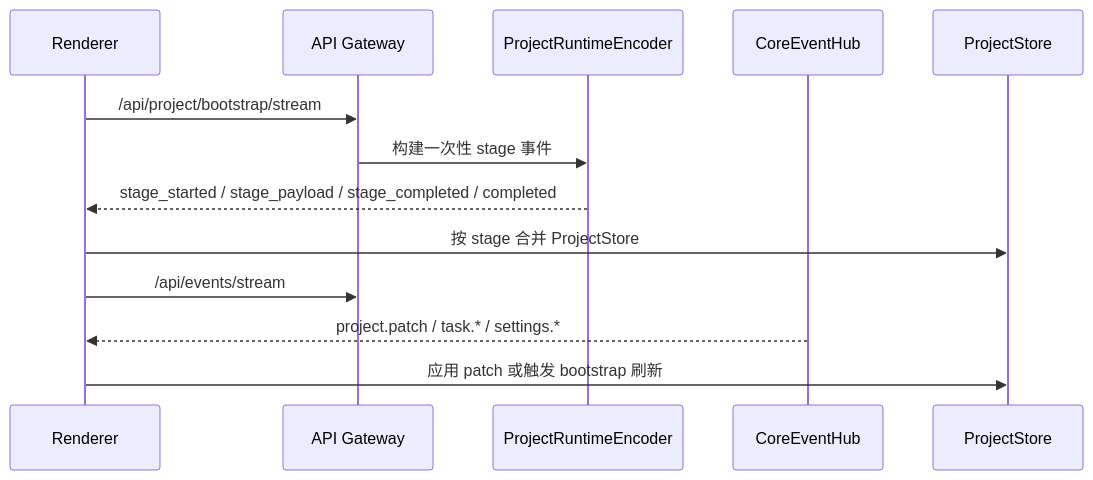
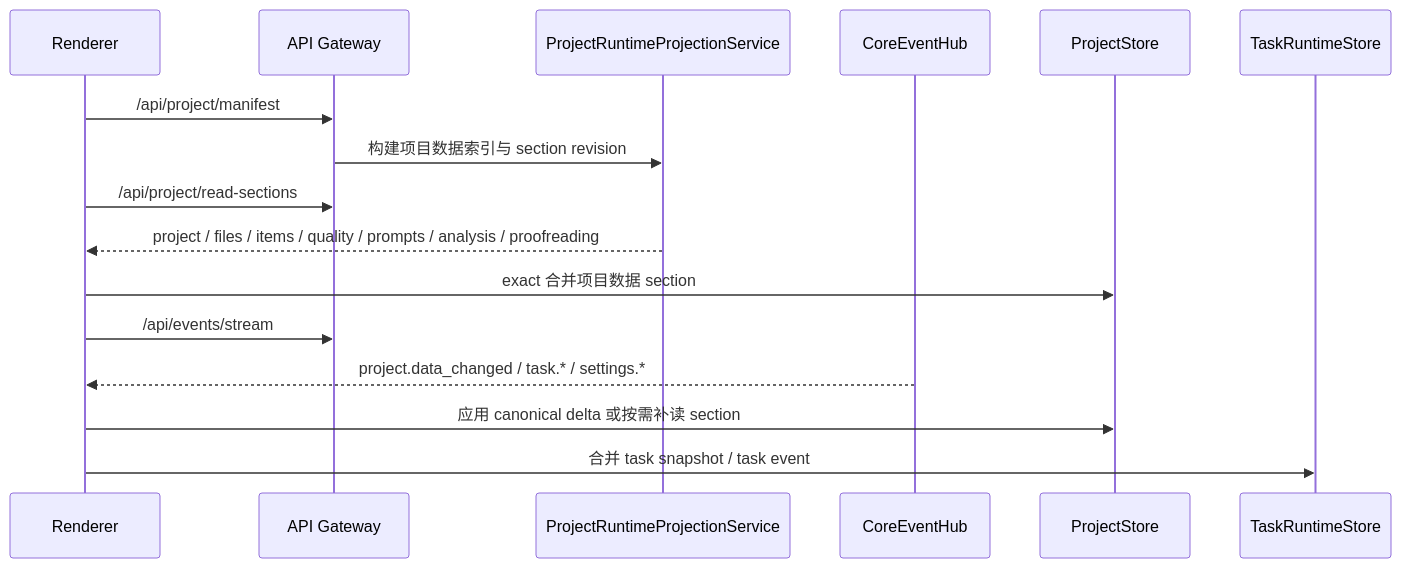
Before and after one commit to neavo/LinguaGacha: the third of 3 diagrams in docs/ARCHITECTURE.md, drawn with Mermaid. The commit also changed other lines of this file and 106 other files, not shown here.

````diff
--- a/docs/ARCHITECTURE.md
+++ b/docs/ARCHITECTURE.md
@@ -77,16 +77,19 @@
 ```mermaid
 sequenceDiagram
   participant UI as Renderer
   participant API as API Gateway
-  participant Enc as ProjectRuntimeEncoder
+  participant Proj as ProjectRuntimeProjectionService
   participant Hub as CoreEventHub
   participant Store as ProjectStore
+  participant Task as TaskRuntimeStore
 
-  UI->>API: /api/project/bootstrap/stream
-  API->>Enc: 构建一次性 stage 事件
-  Enc-->>UI: stage_started / stage_payload / stage_completed / completed
-  UI->>Store: 按 stage 合并 ProjectStore
+  UI->>API: /api/project/manifest
+  API->>Proj: 构建项目数据索引与 section revision
+  UI->>API: /api/project/read-sections
+  Proj-->>UI: project / files / items / quality / prompts / analysis / proofreading
+  UI->>Store: exact 合并项目数据 section
   UI->>API: /api/events/stream
-  Hub-->>UI: project.patch / task.* / settings.*
-  UI->>Store: 应用 patch 或触发 bootstrap 刷新
+  Hub-->>UI: project.data_changed / task.* / settings.*
+  UI->>Store: 应用 canonical delta 或按需补读 section
+  UI->>Task: 合并 task snapshot / task event
 ```
````
